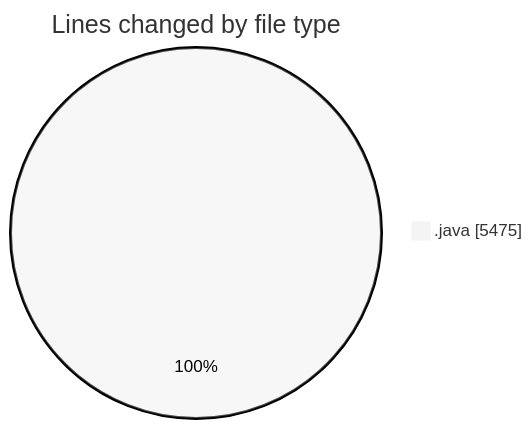
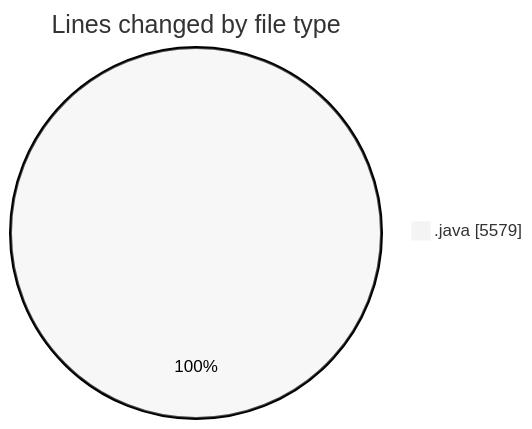
The first of 2 diagrams in 2026-04-09/cilapp/README.md (ricardozamudiocil/code-tracking), drawn with Mermaid (neutral theme) before and after one commit. The commit also changed other lines of this file and 1 other file, not shown here.

````diff
--- a/2026-04-09/cilapp/README.md
+++ b/2026-04-09/cilapp/README.md
@@ -27,5 +27,5 @@
 ```mermaid
 pie showData
 title Lines changed by file type
-".java" : 5475
+".java" : 5579
 ```
````
